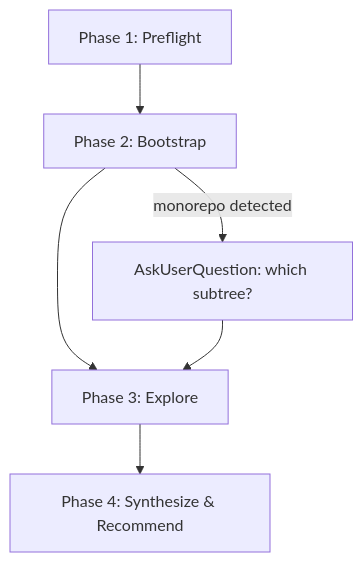
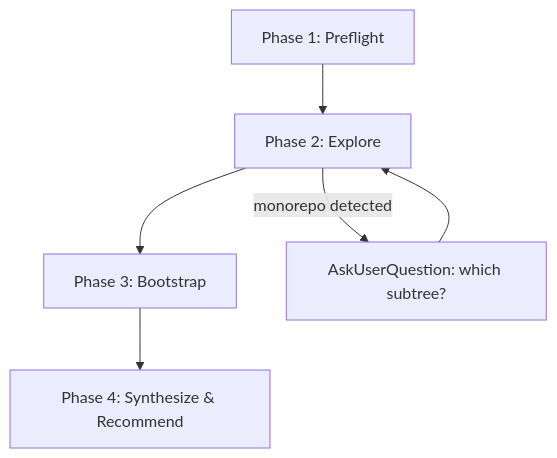
One commit to whfreelove/chaos-theory changed the diagram in plugins/tokamak/skills/onboard/SKILL.md. Above: the diagram before and after it, drawn with Mermaid. The commit also changed other lines of this file, not shown here.

````diff
--- a/plugins/tokamak/skills/onboard/SKILL.md
+++ b/plugins/tokamak/skills/onboard/SKILL.md
@@ -34,9 +34,9 @@
 ```mermaid
 flowchart TD
-    A[Phase 1: Preflight] --> B[Phase 2: Bootstrap]
-    B --> C[Phase 3: Explore]
+    A[Phase 1: Preflight] --> B[Phase 2: Explore]
+    B --> C[Phase 3: Bootstrap]
     C --> D[Phase 4: Synthesize & Recommend]
 
     B -->|monorepo detected| B1[AskUserQuestion: which subtree?]
-    B1 --> C
+    B1 --> B
 ```
````
